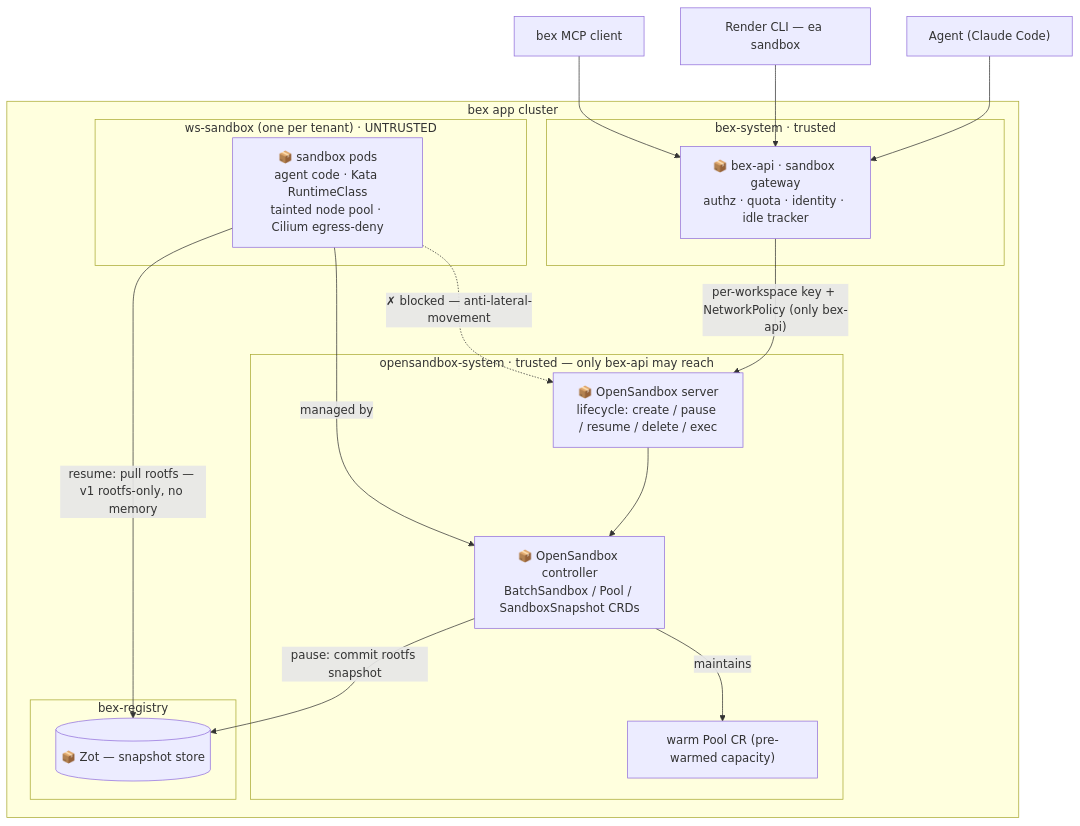
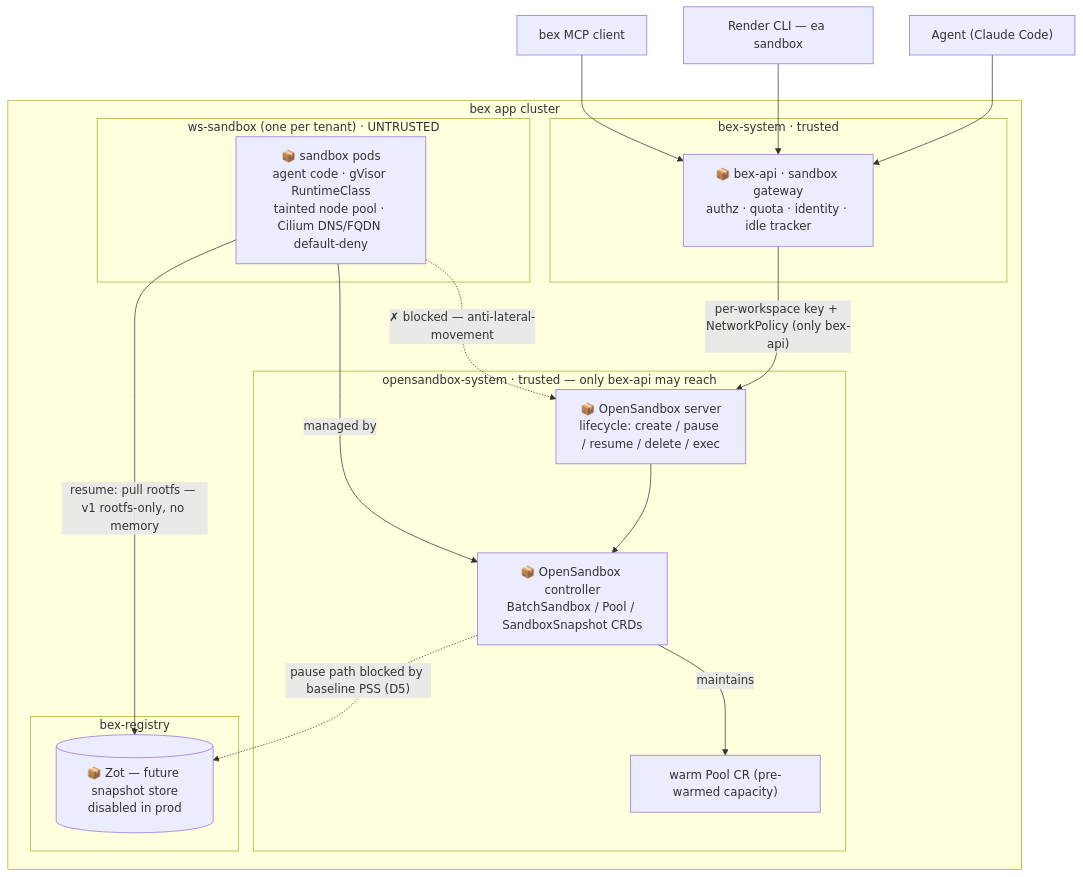
Before and after one commit to cuckoo-network/cuckoo: the diagram in docs/ADR042-sandbox-cluster-substrate.md, drawn with Mermaid. The commit also changed other lines of this file and 69 other files, not shown here.

````diff
--- a/docs/ADR042-sandbox-cluster-substrate.md
+++ b/docs/ADR042-sandbox-cluster-substrate.md
@@ -62,34 +100,34 @@
 ```mermaid
 flowchart TB
   agent["Agent (Claude Code)"]
   cli["Render CLI — ea sandbox"]
   mcp["bex MCP client"]
 
   subgraph cluster["bex app cluster"]
     subgraph bexsys["bex-system · trusted"]
       api["📦 bex-api · sandbox gateway<br/>authz · quota · identity · idle tracker"]
     end
     subgraph ossys["opensandbox-system · trusted — only bex-api may reach"]
       osserver["📦 OpenSandbox server<br/>lifecycle: create / pause / resume / delete / exec"]
       ctrl["📦 OpenSandbox controller<br/>BatchSandbox / Pool / SandboxSnapshot CRDs"]
       pool["warm Pool CR (pre-warmed capacity)"]
     end
     subgraph sandboxns["ws-sandbox (one per tenant) · UNTRUSTED"]
-      sbx["📦 sandbox pods<br/>agent code · Kata RuntimeClass<br/>tainted node pool · Cilium egress-deny"]
+      sbx["📦 sandbox pods<br/>agent code · gVisor RuntimeClass<br/>tainted node pool · Cilium DNS/FQDN default-deny"]
     end
     subgraph regns["bex-registry"]
-      zot[("📦 Zot — snapshot store")]
+      zot[("📦 Zot — future snapshot store<br/>disabled in prod")]
     end
   end
 
   agent --> api
   cli --> api
   mcp --> api
   api -->|"per-workspace key + NetworkPolicy (only bex-api)"| osserver
   osserver --> ctrl
   sbx -->|"managed by"| ctrl
   ctrl -->|"maintains"| pool
-  ctrl -->|"pause: commit rootfs snapshot"| zot
+  ctrl -.->|"pause path blocked by baseline PSS (D5)"| zot
   sbx -->|"resume: pull rootfs — v1 rootfs-only, no memory"| zot
   sbx -.->|"✗ blocked — anti-lateral-movement"| osserver
 ```
````
